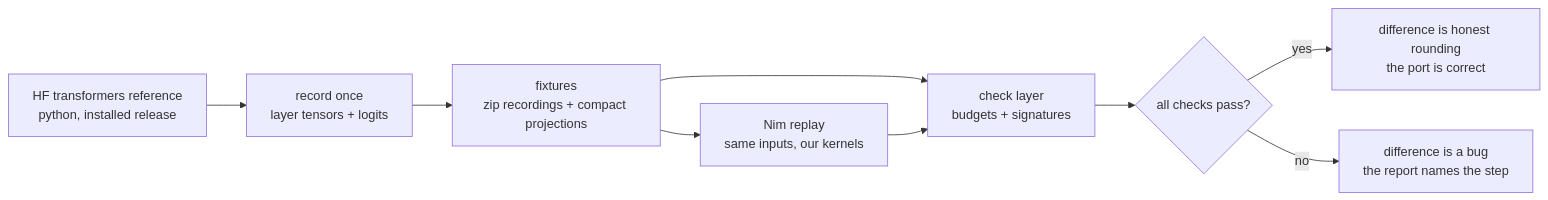
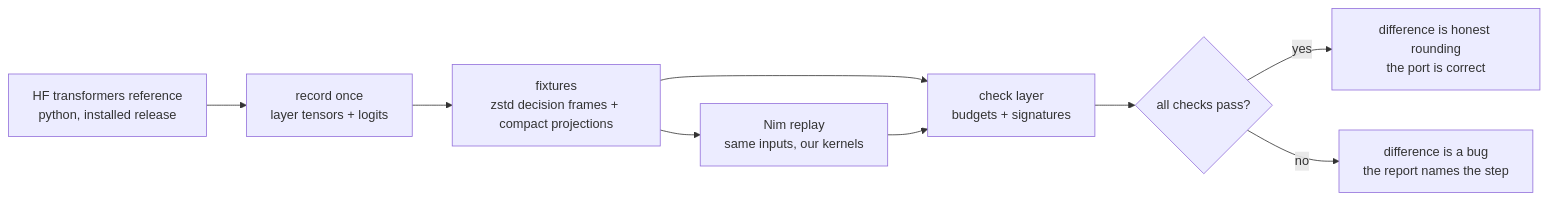
One commit to mratsim/tattletale changed the first of 4 diagrams in workspace/transformers/tests/README.md. Above: the diagram before and after it, drawn with Mermaid. The commit also changed other lines of this file and 26 other files, not shown here.

````diff
--- a/workspace/transformers/tests/README.md
+++ b/workspace/transformers/tests/README.md
@@ -30,11 +30,11 @@
 ```mermaid
 flowchart LR
     A["HF transformers reference<br/>python, installed release"] --> B["record once<br/>layer tensors + logits"]
-    B --> C["fixtures<br/>zip recordings + compact projections"]
+    B --> C["fixtures<br/>zstd decision frames + compact projections"]
     C --> D["Nim replay<br/>same inputs, our kernels"]
     C --> E["check layer<br/>budgets + signatures"]
     D --> E
     E --> F{"all checks pass?"}
     F -->|yes| G["difference is honest rounding<br/>the port is correct"]
     F -->|no| H["difference is a bug<br/>the report names the step"]
 ```
````
